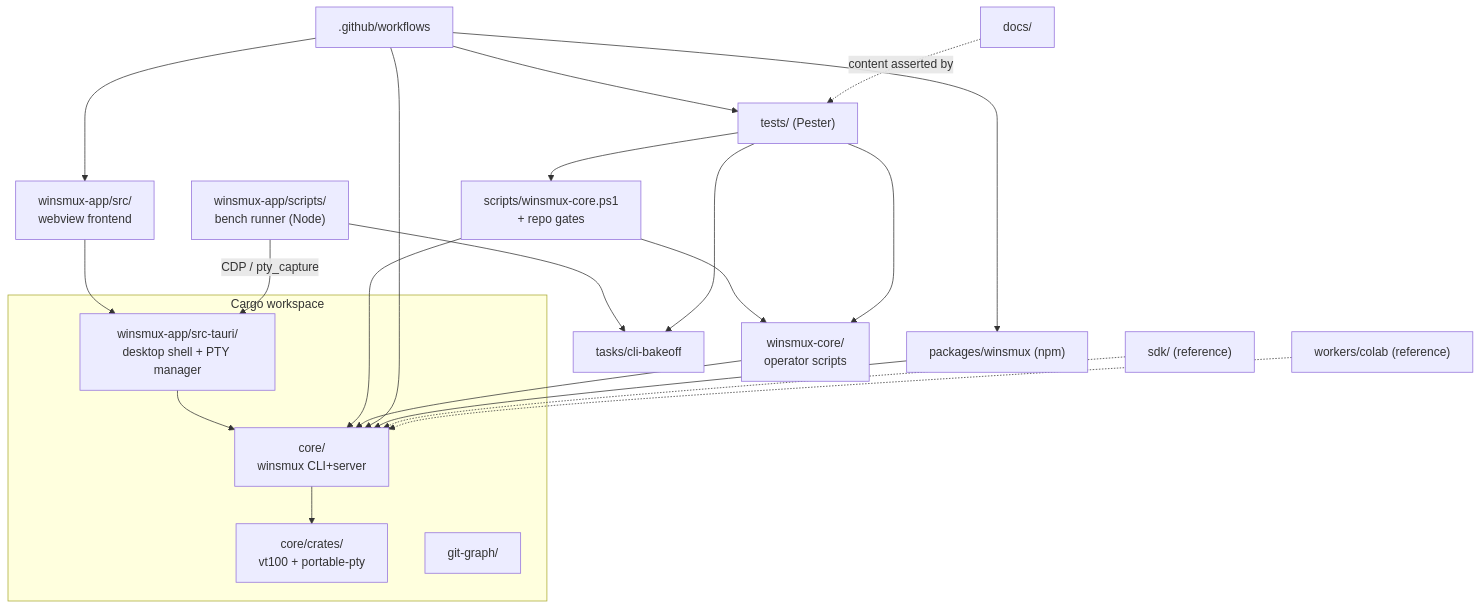
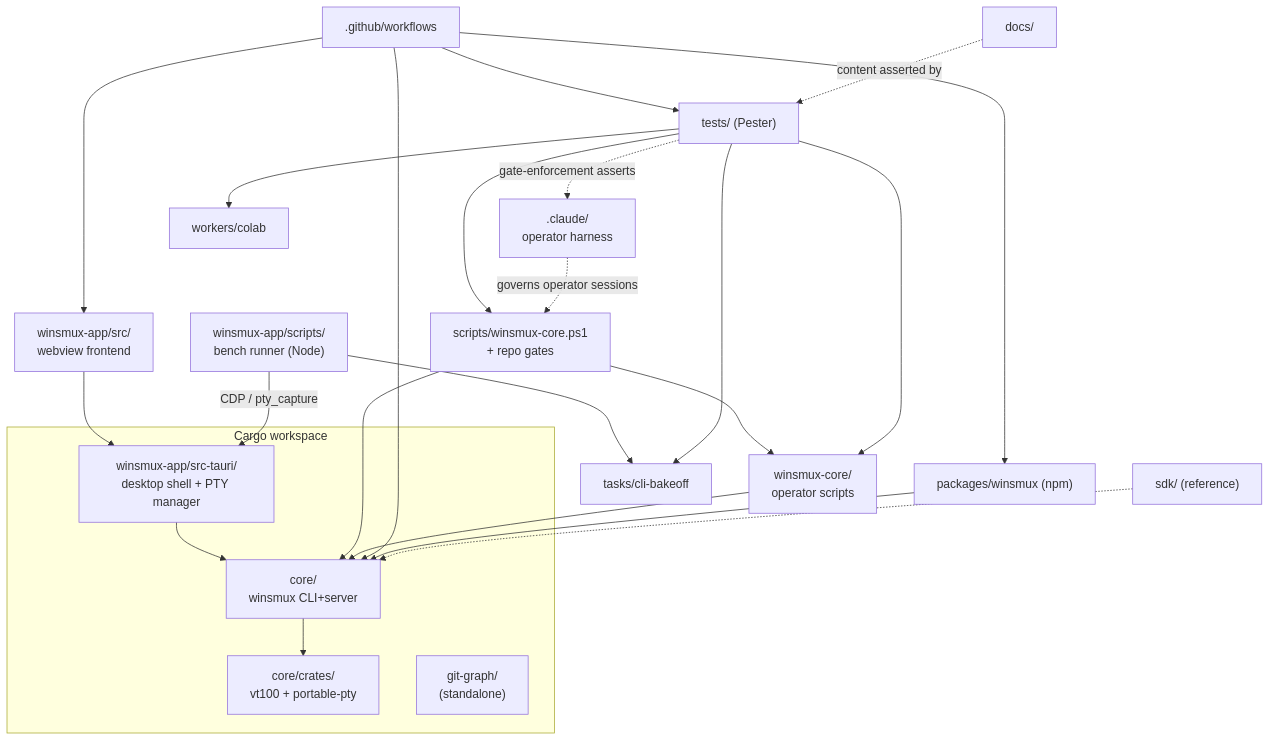
One commit to Sora-bluesky/winsmux changed the diagram in docs/project/component-map.md. Above: the diagram before and after it, drawn with Mermaid. The commit also changed other lines of this file, not shown here.

Commit message:
docs(project): component map fixes — add .claude/.agents, correct git-graph and colab coverage

````diff
--- a/docs/project/component-map.md
+++ b/docs/project/component-map.md
@@ -32,40 +34,43 @@
 ```mermaid
 graph TD
     subgraph rust["Cargo workspace"]
       core["core/<br/>winsmux CLI+server"]
       crates["core/crates/<br/>vt100 + portable-pty"]
-      gitgraph["git-graph/"]
+      gitgraph["git-graph/<br/>(standalone)"]
       tauri["winsmux-app/src-tauri/<br/>desktop shell + PTY manager"]
     end
     frontend["winsmux-app/src/<br/>webview frontend"]
     runner["winsmux-app/scripts/<br/>bench runner (Node)"]
     wcore["winsmux-core/<br/>operator scripts"]
+    claude[".claude/<br/>operator harness"]
     bridge["scripts/winsmux-core.ps1<br/>+ repo gates"]
     pester["tests/ (Pester)"]
     ci[".github/workflows"]
     pack["tasks/cli-bakeoff"]
     npmpkg["packages/winsmux (npm)"]
     docs["docs/"]
     sdk["sdk/ (reference)"]
-    colab["workers/colab (reference)"]
+    colab["workers/colab"]
 
     core --> crates
     tauri --> core
     frontend --> tauri
     runner -->|CDP / pty_capture| tauri
     runner --> pack
     bridge --> core
     bridge --> wcore
     wcore --> core
     pester --> bridge
     pester --> wcore
     pester --> pack
+    pester --> colab
     ci --> pester
     ci --> core
     ci --> frontend
     ci --> npmpkg
     npmpkg --> core
+    claude -.->|governs operator sessions| bridge
     docs -.->|content asserted by| pester
+    pester -.->|gate-enforcement asserts| claude
     sdk -.-> core
-    colab -.-> core
 ```
````
